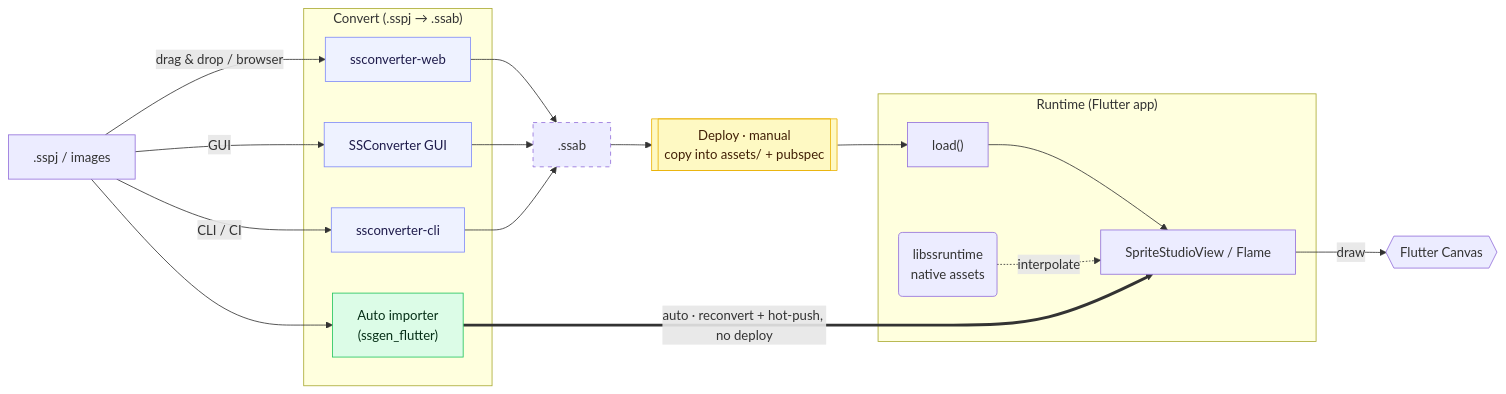
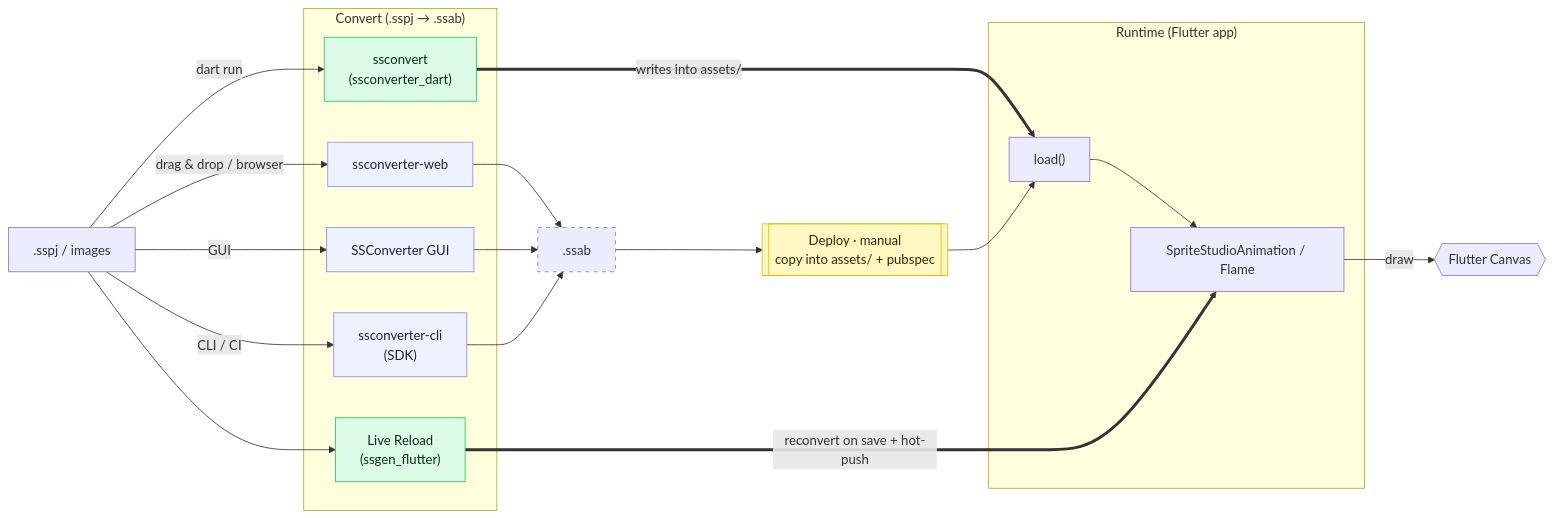
One commit to cri-middleware/SSPlayerForFlutter changed the diagram in docs/en/guide/conversion.md. Above: the diagram before and after it, drawn with Mermaid. The commit also changed other lines of this file and 5 other files, not shown here.

First line of the commit message:
Lead Flutter's conversion guide with the README's ssconvert route

````diff
--- a/docs/en/guide/conversion.md
+++ b/docs/en/guide/conversion.md
@@ -8,44 +8,46 @@
 ```mermaid
 graph LR
     SS[".sspj / images"]
 
     subgraph Convert ["Convert (.sspj → .ssab)"]
-        AUTO["Auto importer<br>(ssgen_flutter)"]
+        DART["ssconvert<br>(ssconverter_dart)"]
+        AUTO["Live Reload<br>(ssgen_flutter)"]
         WEB["ssconverter-web"]
         GUI["SSConverter GUI"]
-        CLI["ssconverter-cli"]
+        CLI["ssconverter-cli<br>(SDK)"]
     end
 
     BIN[".ssab"]
     DEPLOY[["Deploy · manual<br>copy into assets/ + pubspec"]]
 
     subgraph Run ["Runtime (Flutter app)"]
-        LOAD["load()"] --> VIEW["SpriteStudioView / Flame"]
-        RT("libssruntime<br>native assets") -. "interpolate" .-> VIEW
+        LOAD["load()"] --> VIEW["SpriteStudioAnimation / Flame"]
     end
 
     CANVAS{{"Flutter Canvas"}}
 
+    SS -->|"dart run"| DART
+    DART == "writes into assets/" ==> LOAD
     SS --> AUTO
-    AUTO == "auto · reconvert + hot-push, no deploy" ==> VIEW
+    AUTO == "reconvert on save + hot-push" ==> VIEW
 
     SS -->|"drag & drop / browser"| WEB
     SS -->|"GUI"| GUI
     SS -->|"CLI / CI"| CLI
     WEB --> BIN
     GUI --> BIN
     CLI --> BIN
     BIN --> DEPLOY
     DEPLOY --> LOAD
 
     VIEW -->|"draw"| CANVAS
 
     classDef gen stroke-dasharray:5 5;
     class BIN gen;
     classDef tool fill:#eef2ff,stroke:#818cf8,color:#1e1b4b;
     class WEB,GUI,CLI tool;
     classDef auto fill:#dcfce7,stroke:#22c55e,color:#052e16;
-    class AUTO auto;
+    class DART,AUTO auto;
     classDef deploy fill:#fef9c3,stroke:#eab308,color:#422006;
     class DEPLOY deploy;
 ```
````
